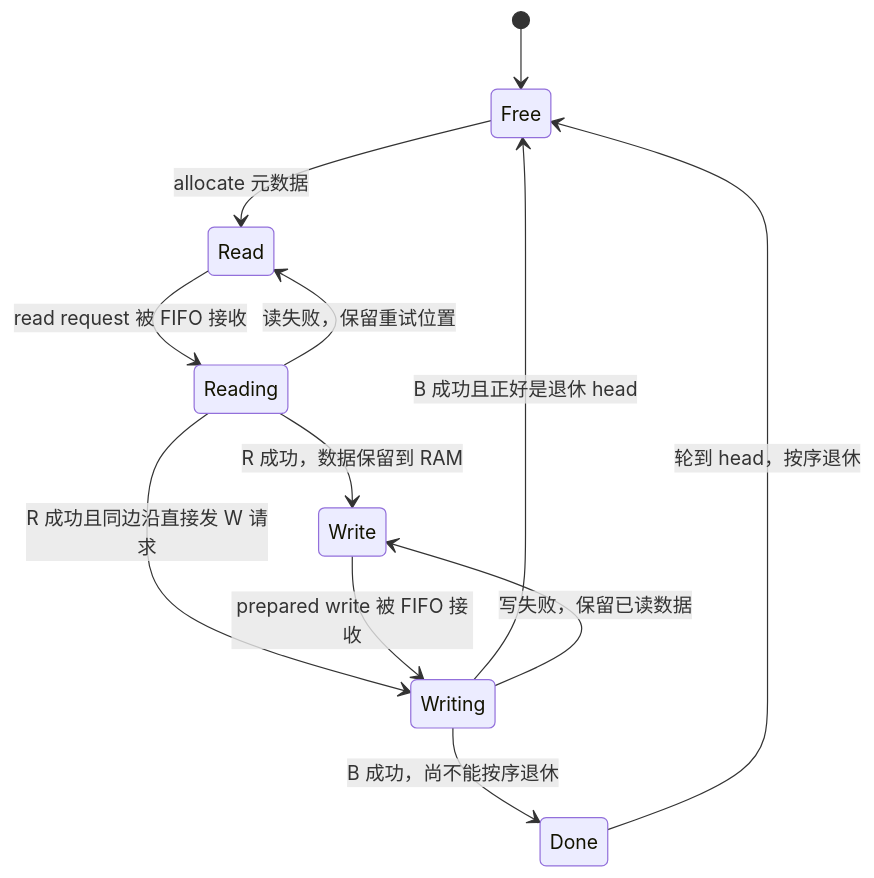
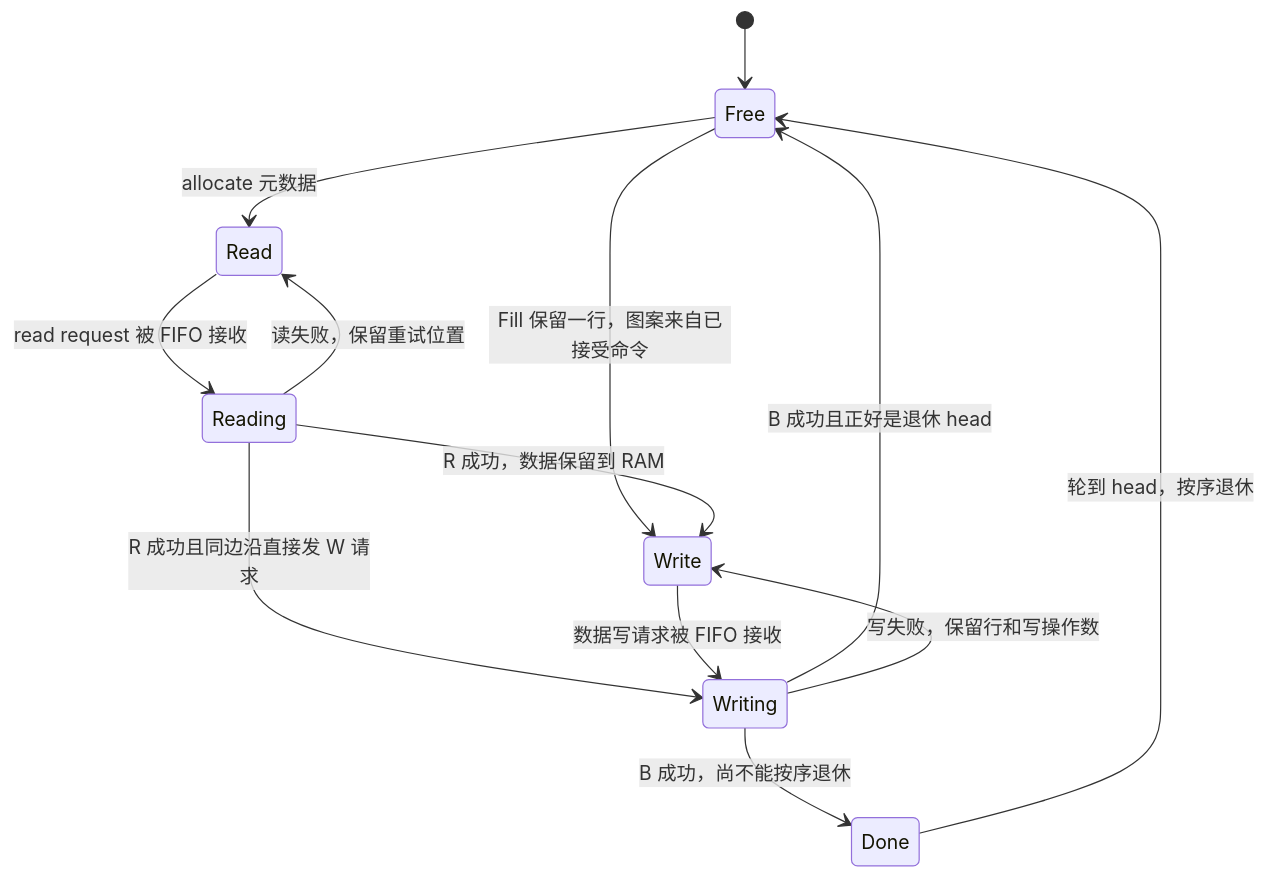
One commit to shady831213/pdma changed the fourth of 8 diagrams in docs/rtl/microarchitecture.md. Above: the diagram before and after it, drawn with Mermaid. The commit also changed other lines of this file and 40 other files, not shown here.

````diff
--- a/docs/rtl/microarchitecture.md
+++ b/docs/rtl/microarchitecture.md
@@ -352,14 +352,15 @@
 ```mermaid
 stateDiagram-v2
     [*] --> Free
     Free --> Read: allocate 元数据
     Read --> Reading: read request 被 FIFO 接收
+    Free --> Write: Fill 保留一行，图案来自已接受命令
     Reading --> Write: R 成功，数据保留到 RAM
     Reading --> Writing: R 成功且同边沿直接发 W 请求
     Reading --> Read: 读失败，保留重试位置
-    Write --> Writing: prepared write 被 FIFO 接收
+    Write --> Writing: 数据写请求被 FIFO 接收
     Writing --> Done: B 成功，尚不能按序退休
     Writing --> Free: B 成功且正好是退休 head
-    Writing --> Write: 写失败，保留已读数据
+    Writing --> Write: 写失败，保留行和写操作数
     Done --> Free: 轮到 head，按序退休
 ```
````
